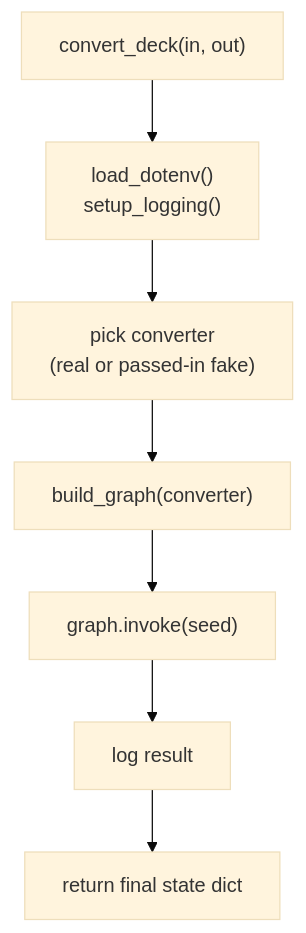
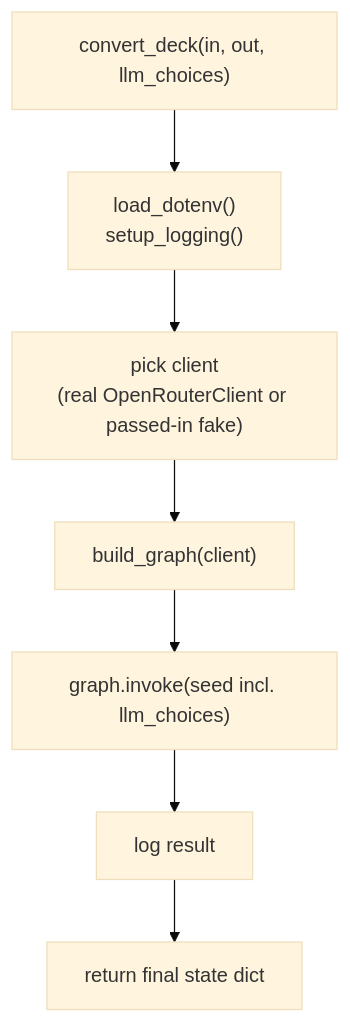
The fourth of 11 diagrams in CODEBASE_GUIDE.md (SushrutGaikwad/b2t), drawn with Mermaid (base theme) before and after one commit. The commit also changed other lines of this file, not shown here.

First line of the commit message:
docs: rewrite CODEBASE_GUIDE.md for the LLM seam, prompts, UI, and CI

````diff
--- a/CODEBASE_GUIDE.md
+++ b/CODEBASE_GUIDE.md
@@ -346,9 +399,9 @@
 ```mermaid
 flowchart TD
-    A["convert_deck(in, out)"] --> B["load_dotenv()<br/>setup_logging()"]
-    B --> C["pick converter<br/>(real or passed-in fake)"]
-    C --> D["build_graph(converter)"]
-    D --> E["graph.invoke(seed)"]
+    A["convert_deck(in, out, llm_choices)"] --> B["load_dotenv()<br/>setup_logging()"]
+    B --> C["pick client<br/>(real OpenRouterClient or passed-in fake)"]
+    C --> D["build_graph(client)"]
+    D --> E["graph.invoke(seed incl. llm_choices)"]
     E --> F["log result"]
     F --> G["return final state dict"]
 ```
````
